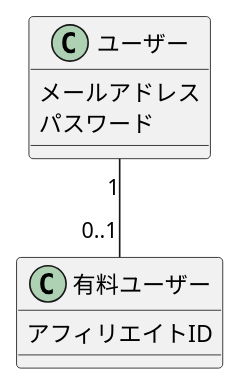
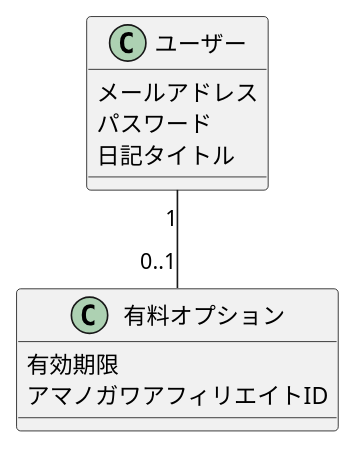
One commit to yinm/uml-modeling-lesson changed the diagram in ch03/excercise/3-2.puml. Above: the diagram before and after it, drawn with PlantUML. The commit also changed 1 other file, not shown here.

```diff
--- a/ch03/excercise/3-2.puml
+++ b/ch03/excercise/3-2.puml
@@ -1,14 +1,16 @@
 @startuml
 
 class ユーザー {
   メールアドレス
   パスワード
+  日記タイトル
 }
 
-class 有料ユーザー {
-  アフィリエイトID
+class 有料オプション {
+  有効期限
+  アマノガワアフィリエイトID
 }
 
-ユーザー "1"--"0..1" 有料ユーザー
+ユーザー "1"--"0..1" 有料オプション
 
 @enduml
```
